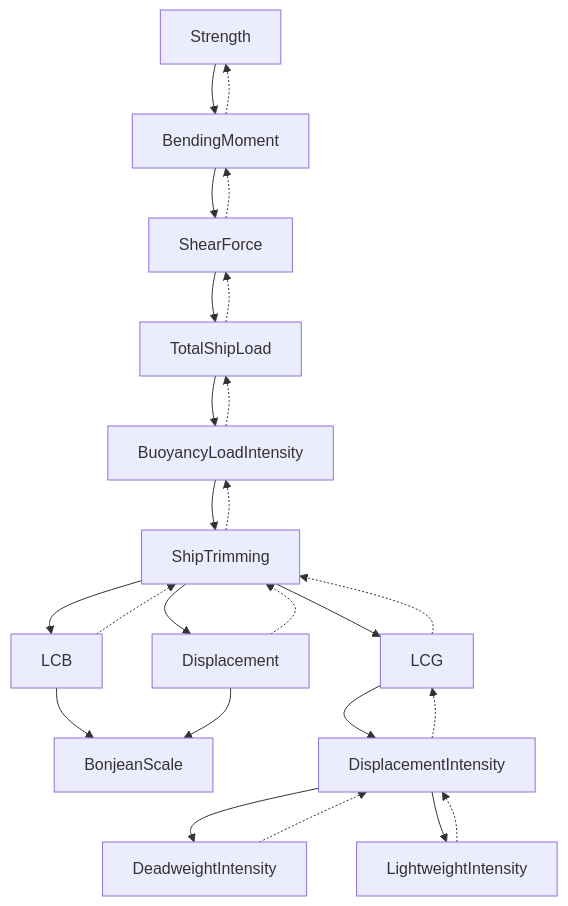
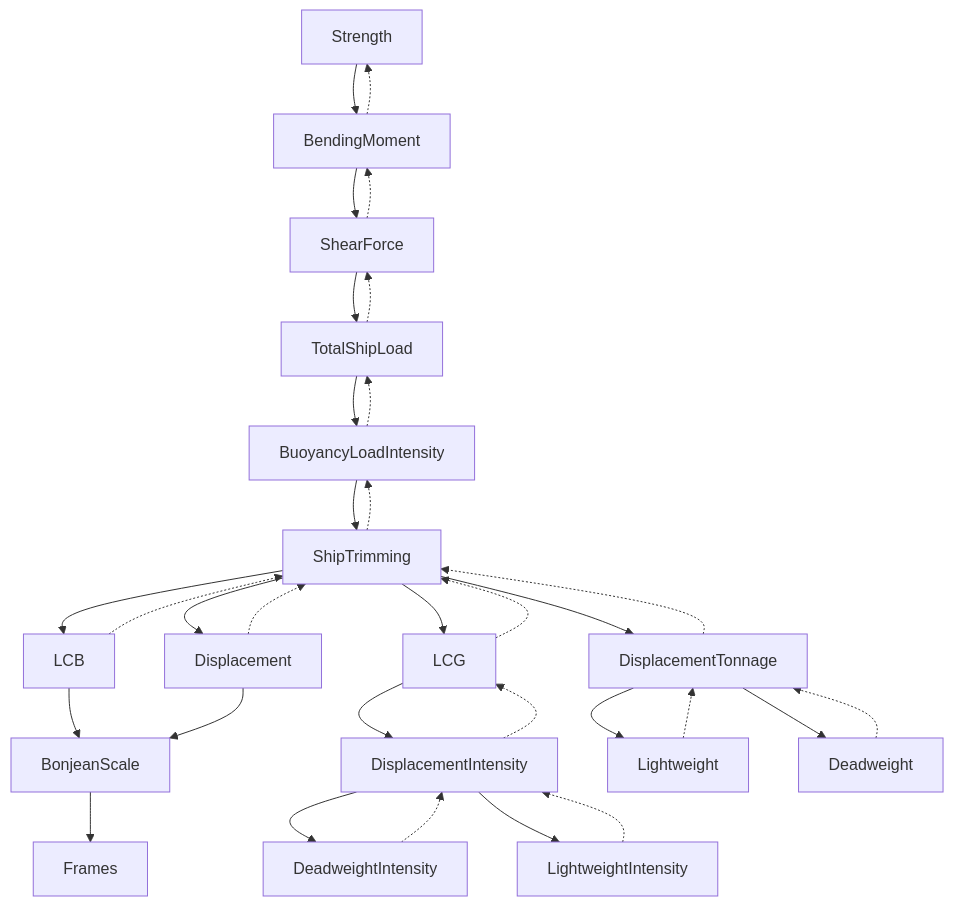
One commit to milovanovmaksim/ship_strength_monitoring_system changed the diagram in README.md. Above: the diagram before and after it, drawn with Mermaid.

Commit message:
change graph TD

````diff
--- a/README.md
+++ b/README.md
@@ -13,27 +13,34 @@
 ```mermaid
 graph TD;
 Strength--> BendingMoment;
 BendingMoment-.->Strength;
 BendingMoment-->ShearForce;
 ShearForce -.->BendingMoment;
 ShearForce-->TotalShipLoad;
 TotalShipLoad -.-> ShearForce;
 TotalShipLoad-->BuoyancyLoadIntensity;
 BuoyancyLoadIntensity -.->TotalShipLoad;
 BuoyancyLoadIntensity-->ShipTrimming;
 ShipTrimming-.->BuoyancyLoadIntensity;
 ShipTrimming--> LCB;
 LCB -.-> ShipTrimming;
 LCB--> BonjeanScale;
 ShipTrimming--> Displacement;
 Displacement -.-> ShipTrimming;
 Displacement--> BonjeanScale;
 ShipTrimming--> LCG;
 LCG -.-> ShipTrimming;
 LCG--> DisplacementIntensity
 DisplacementIntensity -.-> LCG
 DisplacementIntensity-->DeadweightIntensity;
 DisplacementIntensity-->LightweightIntensity;
 LightweightIntensity -.->DisplacementIntensity;
 DeadweightIntensity -.->DisplacementIntensity;
+ShipTrimming--> DisplacementTonnage;
+DisplacementTonnage -.-> ShipTrimming;
+DisplacementTonnage -->Lightweight;
+DisplacementTonnage -->Deadweight; 
+Lightweight -.-> DisplacementTonnage;
+Deadweight -.-> DisplacementTonnage;
+BonjeanScale--> Frames;
 ```
````
